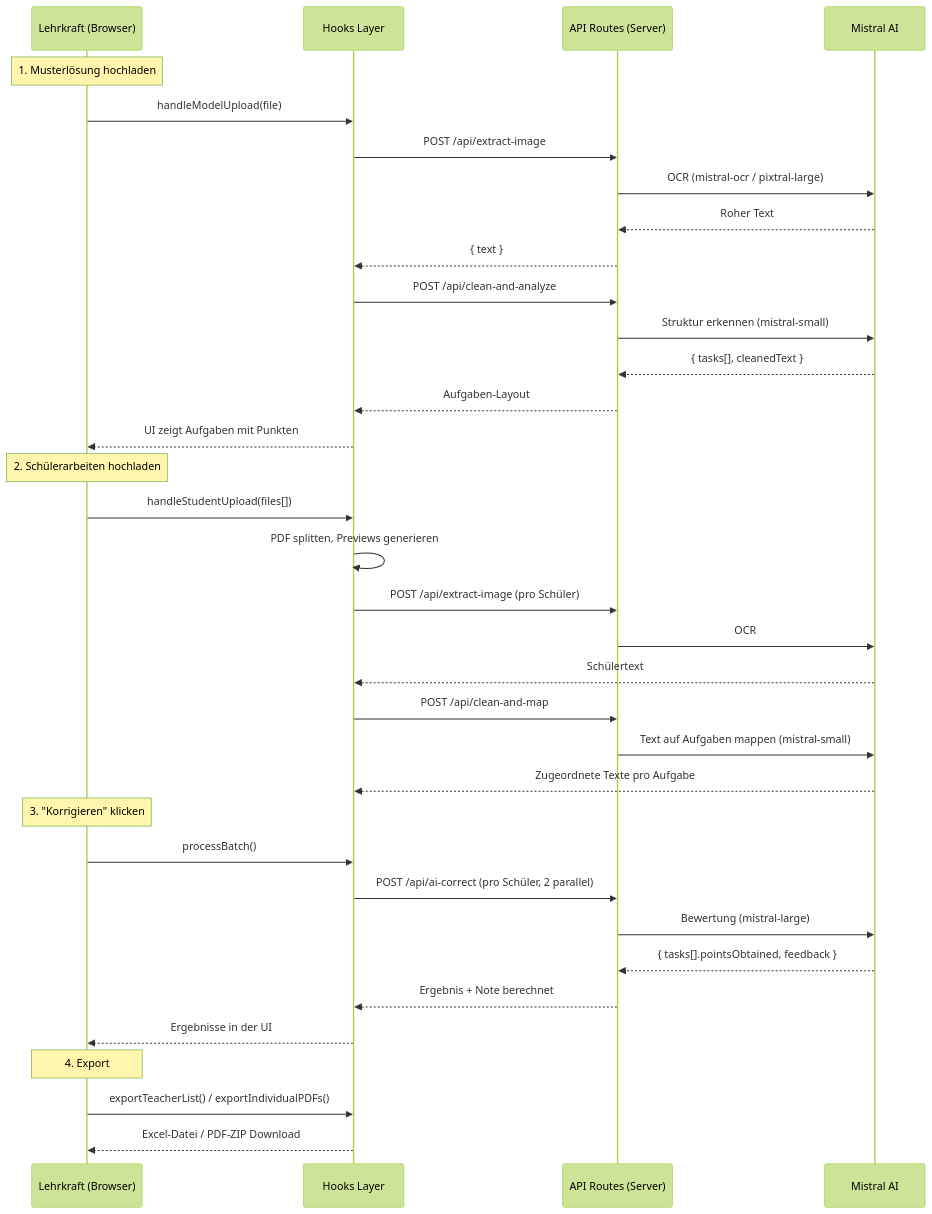
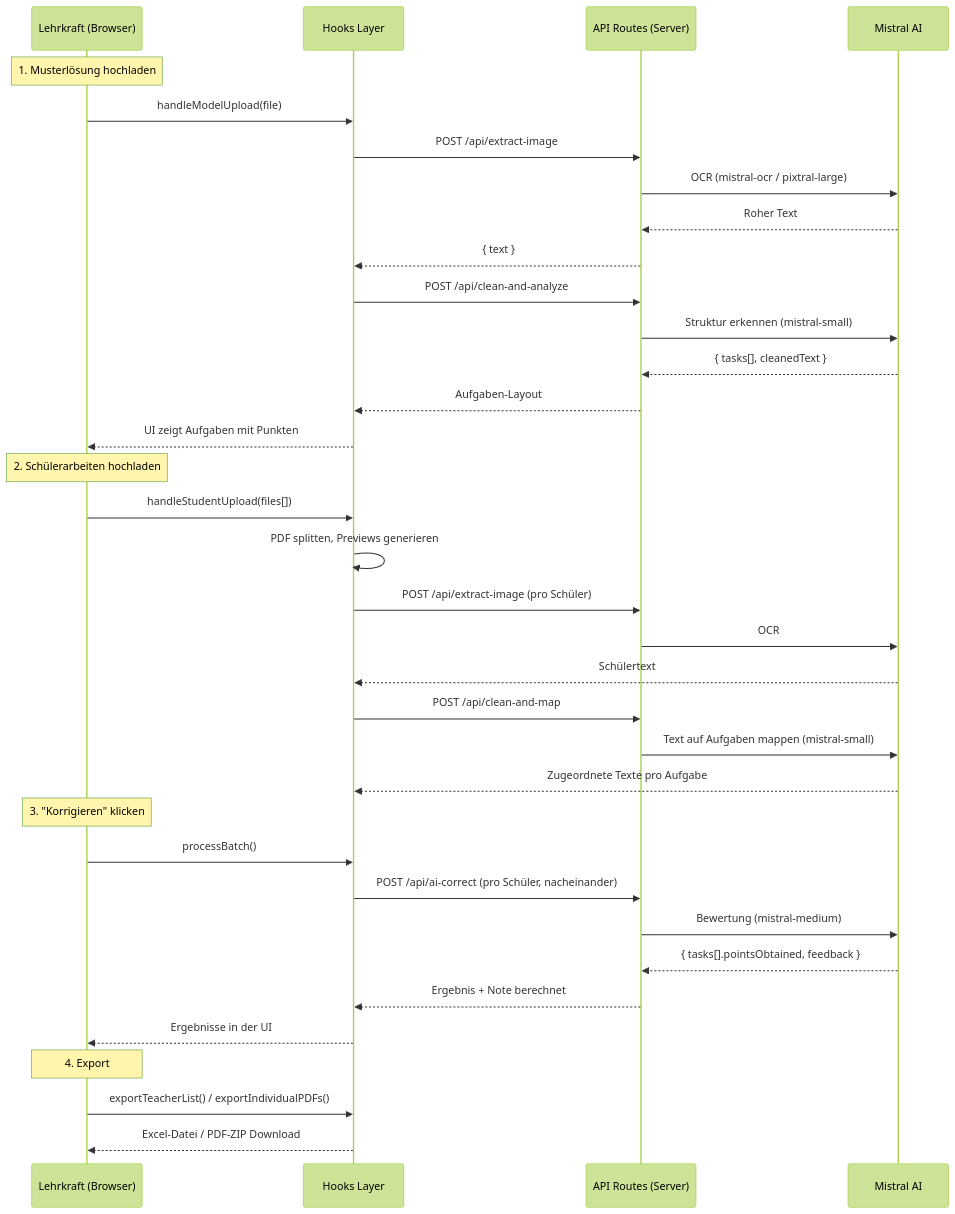
The second of 3 diagrams in docs/technical/architecture-onboarding.md (koreki-org/koreki), drawn with Mermaid (forest theme) before and after one commit. The commit also changed other lines of this file and 9 other files, not shown here.

````diff
--- a/docs/technical/architecture-onboarding.md
+++ b/docs/technical/architecture-onboarding.md
@@ -97,41 +100,41 @@
 ```mermaid
 sequenceDiagram
     participant L as Lehrkraft (Browser)
     participant H as Hooks Layer
     participant API as API Routes (Server)
     participant AI as Mistral AI
 
     Note over L: 1. Musterlösung hochladen
     L->>H: handleModelUpload(file)
     H->>API: POST /api/extract-image
     API->>AI: OCR (mistral-ocr / pixtral-large)
     AI-->>API: Roher Text
     API-->>H: { text }
     H->>API: POST /api/clean-and-analyze
     API->>AI: Struktur erkennen (mistral-small)
     AI-->>API: { tasks[], cleanedText }
     API-->>H: Aufgaben-Layout
     H-->>L: UI zeigt Aufgaben mit Punkten
 
     Note over L: 2. Schülerarbeiten hochladen
     L->>H: handleStudentUpload(files[])
     H->>H: PDF splitten, Previews generieren
     H->>API: POST /api/extract-image (pro Schüler)
     API->>AI: OCR
     AI-->>H: Schülertext
     H->>API: POST /api/clean-and-map
     API->>AI: Text auf Aufgaben mappen (mistral-small)
     AI-->>H: Zugeordnete Texte pro Aufgabe
 
     Note over L: 3. "Korrigieren" klicken
     L->>H: processBatch()
-    H->>API: POST /api/ai-correct (pro Schüler, 2 parallel)
-    API->>AI: Bewertung (mistral-large)
+    H->>API: POST /api/ai-correct (pro Schüler, nacheinander)
+    API->>AI: Bewertung (mistral-medium)
     AI-->>API: { tasks[].pointsObtained, feedback }
     API-->>H: Ergebnis + Note berechnet
     H-->>L: Ergebnisse in der UI
 
     Note over L: 4. Export
     L->>H: exportTeacherList() / exportIndividualPDFs()
     H-->>L: Excel-Datei / PDF-ZIP Download
 ```
````
